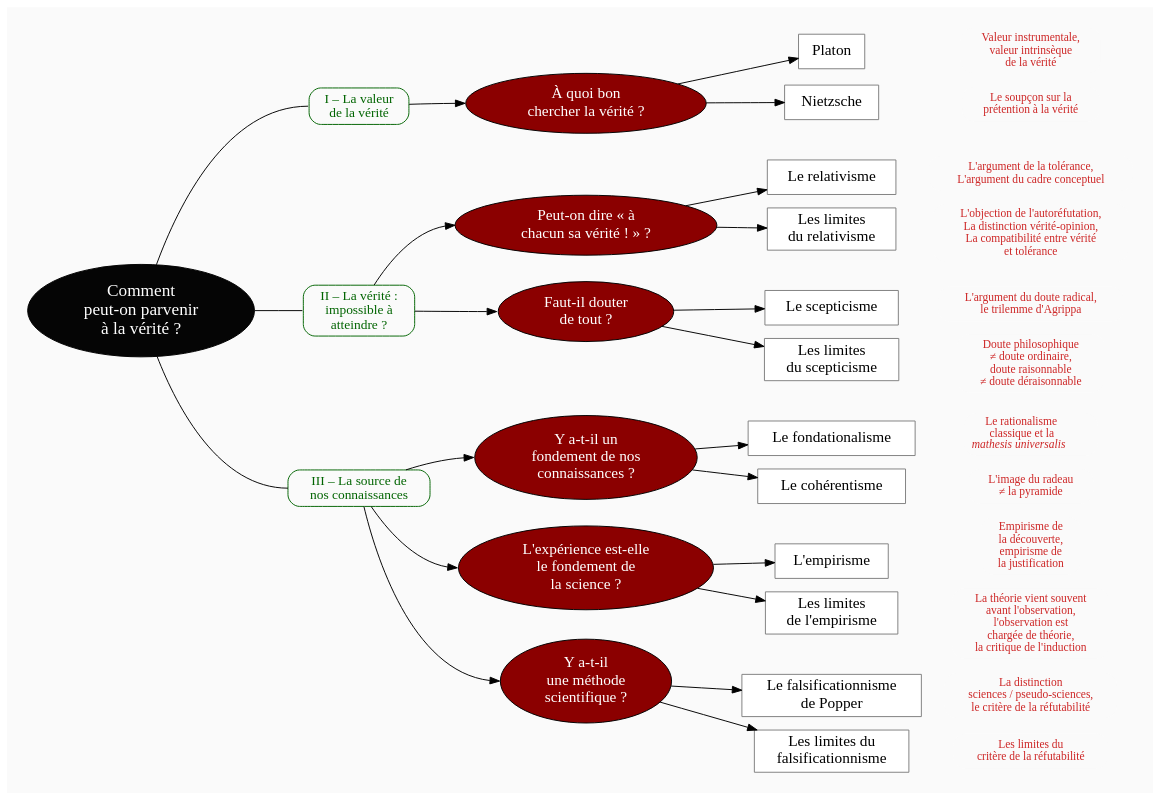
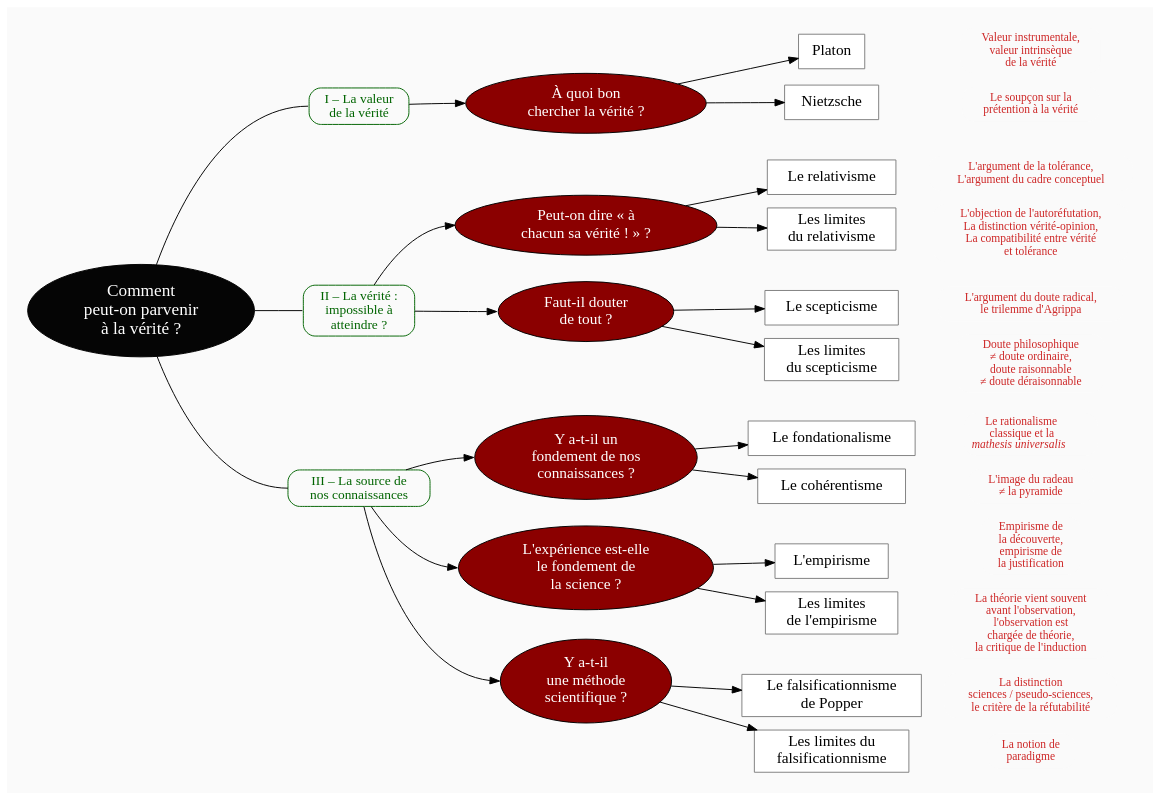
One commit to eyssette/graphviz-examples changed the diagram in plans/plan-cours-details-epistemologie.dot. Above: the diagram before and after it, drawn with Graphviz. The commit also changed 1 other file, not shown here.

```diff
--- a/plans/plan-cours-details-epistemologie.dot
+++ b/plans/plan-cours-details-epistemologie.dot
@@ -1,188 +1,188 @@
 digraph G {
 // Template : diagram
 // Usage : 
 rankdir=LR
 splines=true
 //splines=curved
 bgcolor=grey98
 pad=0.3
 style=filled
 edge[minlen=3]
 node[style=filled, fontcolor=white]
 ranksep=0.1
 nodesep=0.2
 
 // NIVEAU 1
 node[fillcolor=grey2, fontsize=18]
 a1[label="Comment
 peut-on parvenir
 à la vérité ?"]
 
 // NIVEAU 2
 node[fontsize=14, shape=rect, fillcolor=grey98, fontcolor=darkgreen, color=darkgreen, style="filled, rounded"]
 a1->p1[headport=w, arrowhead=none,minlen=4]
 a1->p2[headport=w, arrowhead=none]
 a1->p3[headport=w, arrowhead=none]
 
 p1[label="I – La valeur
 de la vérité"]
 p2[label="II – La vérité :
 impossible à
 atteindre ?"]
 p3[label="III – La source de
 nos connaissances"]
 
 {rank=same;p1->p2[style=invis, minlen=12]}
 {rank=same;p1->p2[style=invis, minlen=12]}
 {rank=same;p2->p3[style=invis, minlen=10]}
 
 
 
 node[fontcolor=black, fontsize=16]
 // NIVEAU 3 (sans intermédiaire)
 node [shape=box, fillcolor=white, color=grey50]
 // c1[label=""]
 
 
 
 // INTERMÉDIAIRE AVANT NIVEAU 3
 node[fillcolor=red4, shape=oval, fontcolor=white, color=black, style="filled"]
 // [arrowhead=none]
 // bc1[label=""]
 p1->b1[headport=w]
 p2->b2[headport=w]
 p2->b3[headport=w]
 p3->b4[headport=w]
 p3->b5[headport=w]
 p3->b6[headport=w]
 b1[label="À quoi bon
 chercher la vérité ?"]    
 b2[label="Peut-on dire « à
 chacun sa vérité ! » ?"]
 b3[label="Faut-il douter
 de tout ?"]
 b4[label="Y a-t-il un
 fondement de nos
 connaissances ?"]
 b5[label="L'expérience est-elle
 le fondement de
 la science ?"]
 b6[label="Y a-t-il
 une méthode
 scientifique ?"]
 
 
 {rank=same;b1->b2[style=invis, minlen=3]}
 {rank=same;b2->b3[style=invis, minlen=2]}
 {rank=same;b3->b4[style=invis, minlen=2]}
 {rank=same;b4->b5->b6[style=invis, minlen=2]}
 
 // NIVEAU 3 (avec intermédiaire)
 node[fillcolor=white, shape=box, color=grey50, fontcolor=black]
 // c1[label=""]
 b1->{c1,c2}
 c1[label="Platon"]
 c2[label="Nietzsche"]
 
 b2->{c3,c4}
 c3[label="Le relativisme"]
 c4[label="Les limites
 du relativisme"]
 
 b3->{c5,c6}
 c5[label="Le scepticisme"]
 c6[label="Les limites
 du scepticisme"]
 
 b4->{c7,c8}
 c7[label="Le fondationalisme"]
 c8[label="Le cohérentisme"]
 
 b5->{c9,c10}
 c9[label="L'empirisme"]
 c10[label="Les limites
 de l'empirisme"]
 
 b6->{c11,c12}
 c11[label="Le falsificationnisme
 de Popper"]
 c12[label="Les limites du
 falsificationnisme"]
 
 
 {rank=same;c2->c3[style=invis, minlen=3]}
 {rank=same;c4->c5[style=invis, minlen=3]}
 {rank=same;c6->c7[style=invis, minlen=3]}
 {rank=same;c8->c9[style=invis, minlen=3]}
 {rank=same;c10->c11[style=invis, minlen=3]}
 
 // NIVEAU 4
 node[style="filled,rounded", fillcolor=white, shape=box, color=grey50]
 // d1[label=""]
 
 
 // ÉTIQUETTES EN ROUGE
 node[shape=plaintext, fontcolor=firebrick3, fillcolor=grey98, fontsize=12]
 // e1[label=< <B>= Titre</B><BR /><BR />Contenu<BR /> >]
 // e1[label=""]
 // ->e1[minlen=1, style=invis]
 
 e1[label="Valeur instrumentale,
 valeur intrinsèque
 de la vérité"]
 e2[label="Le soupçon sur la
 prétention à la vérité"]
 e3[label="L'argument de la tolérance,
 L'argument du cadre conceptuel"]
 e4[label="L'objection de l'autoréfutation,
 La distinction vérité-opinion,
 La compatibilité entre vérité
 et tolérance"]
 e5[label="L'argument du doute radical,
 le trilemme d'Agrippa"]
 e6[label="Doute philosophique
 ≠ doute ordinaire,
  doute raisonnable
 ≠ doute déraisonnable"]
 e7[label=<Le rationalisme<br/>
 classique et la<br/>
 <i>mathesis universalis</i>>]
 e8[label="L'image du radeau
 ≠ la pyramide"]
 e9[label="Empirisme de
 la découverte,
 empirisme de
 la justification"]
 e10[label="La théorie vient souvent
 avant l'observation,
 l'observation est
 chargée de théorie,
 la critique de l'induction"]
 e11[label="La distinction
 sciences / pseudo-sciences,
 le critère de la réfutabilité"]
-e12[label="Les limites du 
-critère de la réfutabilité"]
+e12[label="La notion de
+paradigme"]
 
 c1->e1[minlen=1, style=invis]
 c2->e2[minlen=1, style=invis]
 c3->e3[minlen=1, style=invis]
 c4->e4[minlen=1, style=invis]
 c5->e5[minlen=1, style=invis]
 c6->e6[minlen=1, style=invis]
 c7->e7[minlen=1, style=invis]
 c8->e8[minlen=1, style=invis]
 c9->e9[minlen=1, style=invis]
 c10->e10[minlen=1, style=invis]
 c11->e11[minlen=1, style=invis]
 c12->e12[minlen=1, style=invis]
 
 
 // REMARQUES EN BLEU
 node[color=blue, shape=box, margin=0.07, fontcolor=black, fontsize=12, style="dashed", penwidth=0.6]
 edge[color=blue, arrowhead="none", xlabel="", style="dashed", penwidth=0.6]
 // r1[label=""]
 // {rank=same;->r1}
 // {rank=same;r1->[dir=back]}
 
 }
```
